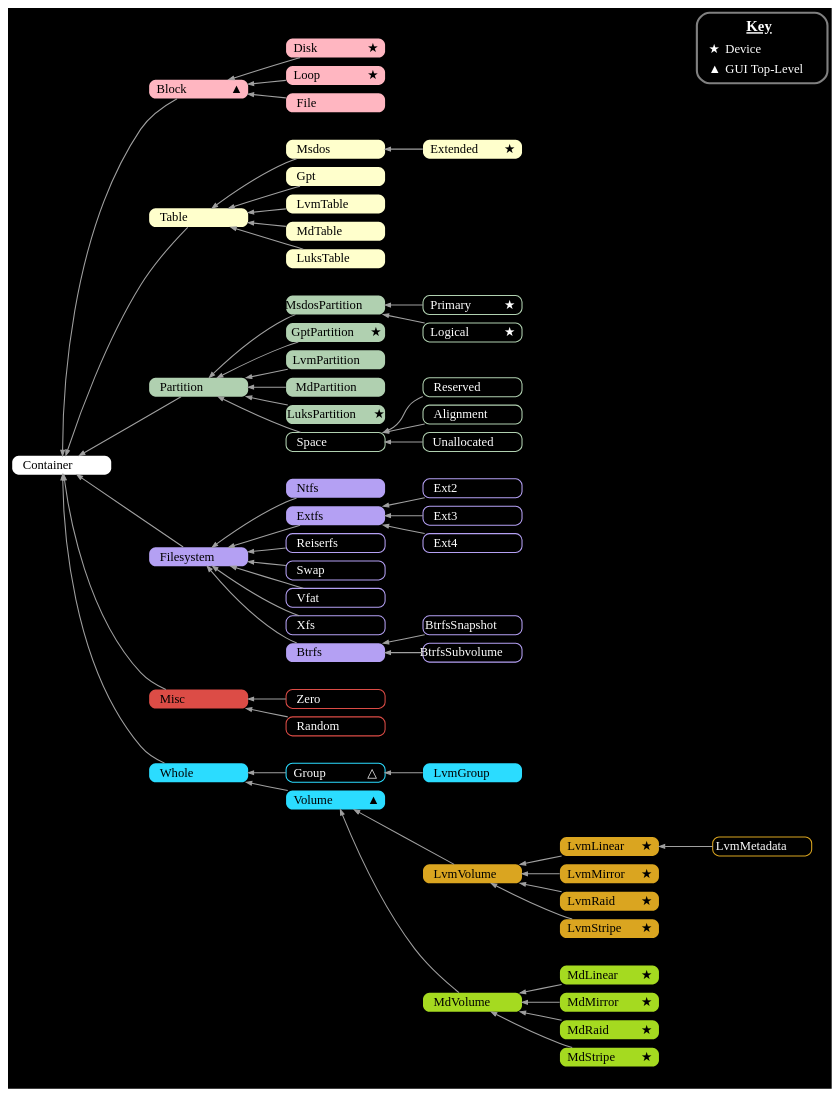
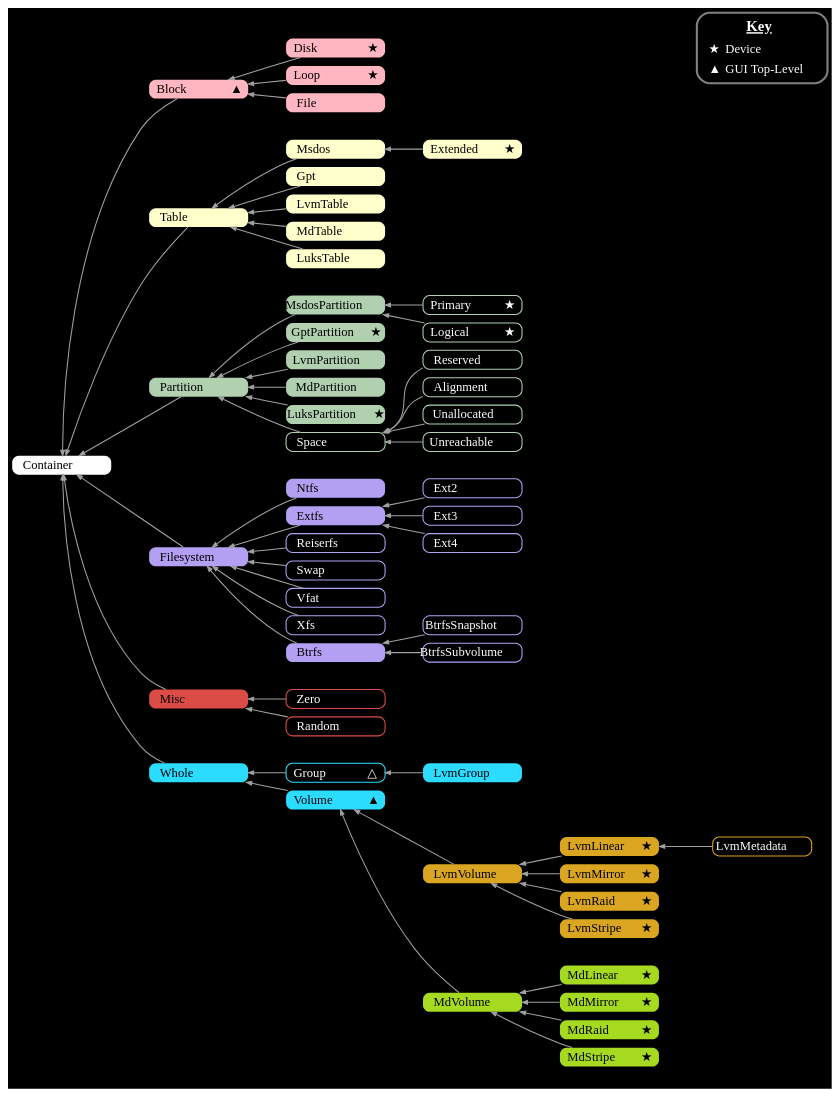
Before and after one commit to flatcap/dparted: the diagram in gfx/class_dparted.gv, drawn with Graphviz. The commit also changed 5 other files, not shown here.

Commit message:
eb: ntfs, swap, unreachable space

```diff
--- a/gfx/class_dparted.gv
+++ b/gfx/class_dparted.gv
@@ -60,6 +60,7 @@
 	Reserved       [ color="#B0D0B0" fontcolor=white style=solid penwidth=1 label=< <table border="0" cellspacing="0" cellpadding="0"> <tr><td width="70" align="left">Reserved</td><td>&nbsp;</td></tr> </table> > ]
 	Alignment      [ color="#B0D0B0" fontcolor=white style=solid penwidth=1 label=< <table border="0" cellspacing="0" cellpadding="0"> <tr><td width="70" align="left">Alignment</td><td>&nbsp;</td></tr> </table> > ]
 	Unallocated    [ color="#B0D0B0" fontcolor=white style=solid penwidth=1 label=< <table border="0" cellspacing="0" cellpadding="0"> <tr><td width="70" align="left">Unallocated</td><td>&nbsp;</td></tr> </table> > ]
+	Unreachable    [ color="#B0D0B0" fontcolor=white style=solid penwidth=1 label=< <table border="0" cellspacing="0" cellpadding="0"> <tr><td width="70" align="left">Unreachable</td><td>&nbsp;</td></tr> </table> > ]
 
 	Filesystem     [ fillcolor="#B4A0F3"                                    label=< <table border="0" cellspacing="0" cellpadding="0"> <tr><td width="70" align="left">Filesystem</td><td>&nbsp;</td></tr> </table> > ]
 	Extfs          [ fillcolor="#B4A0F3"                                    label=< <table border="0" cellspacing="0" cellpadding="0"> <tr><td width="70" align="left">Extfs</td><td>&nbsp;</td></tr> </table> > ]
@@ -166,7 +167,7 @@
 		Reserved             -> Space;
 		Alignment            -> Space;
 		Unallocated          -> Space;
-
+		Unreachable          -> Space;
 	}
 
 	subgraph cluster_5 {
```
